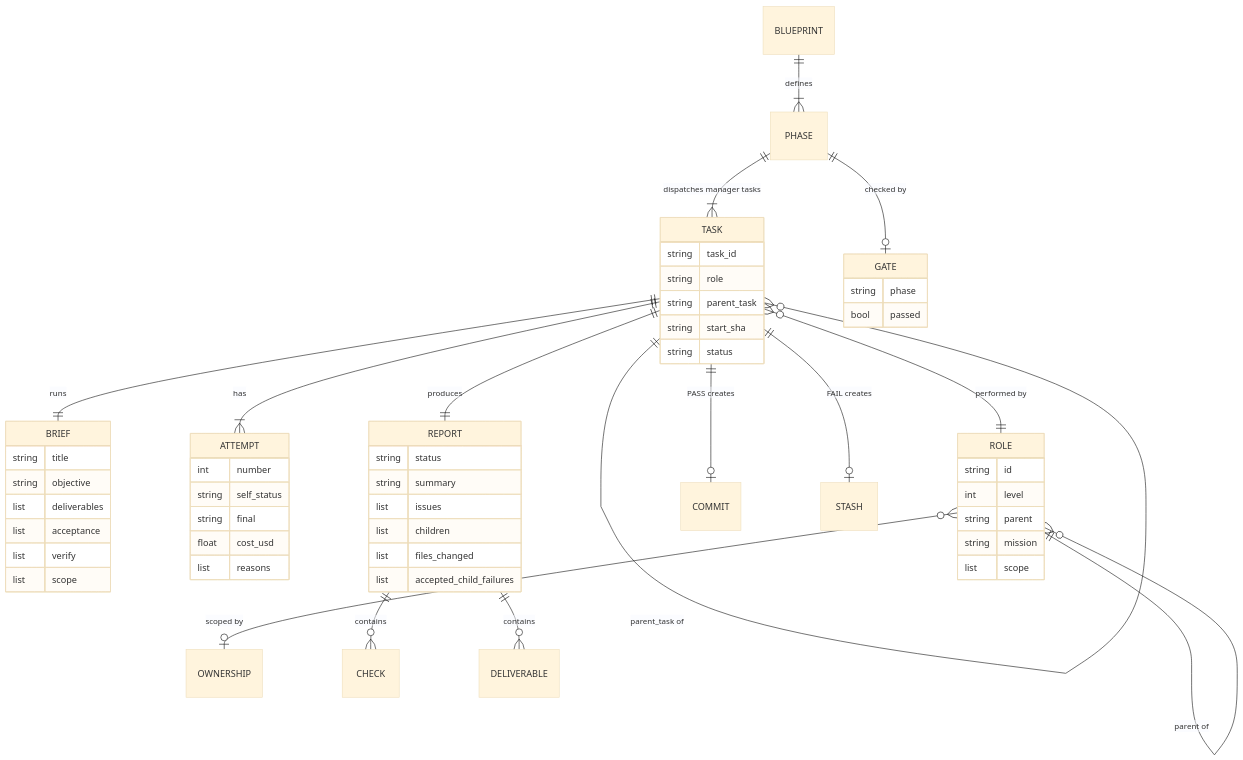
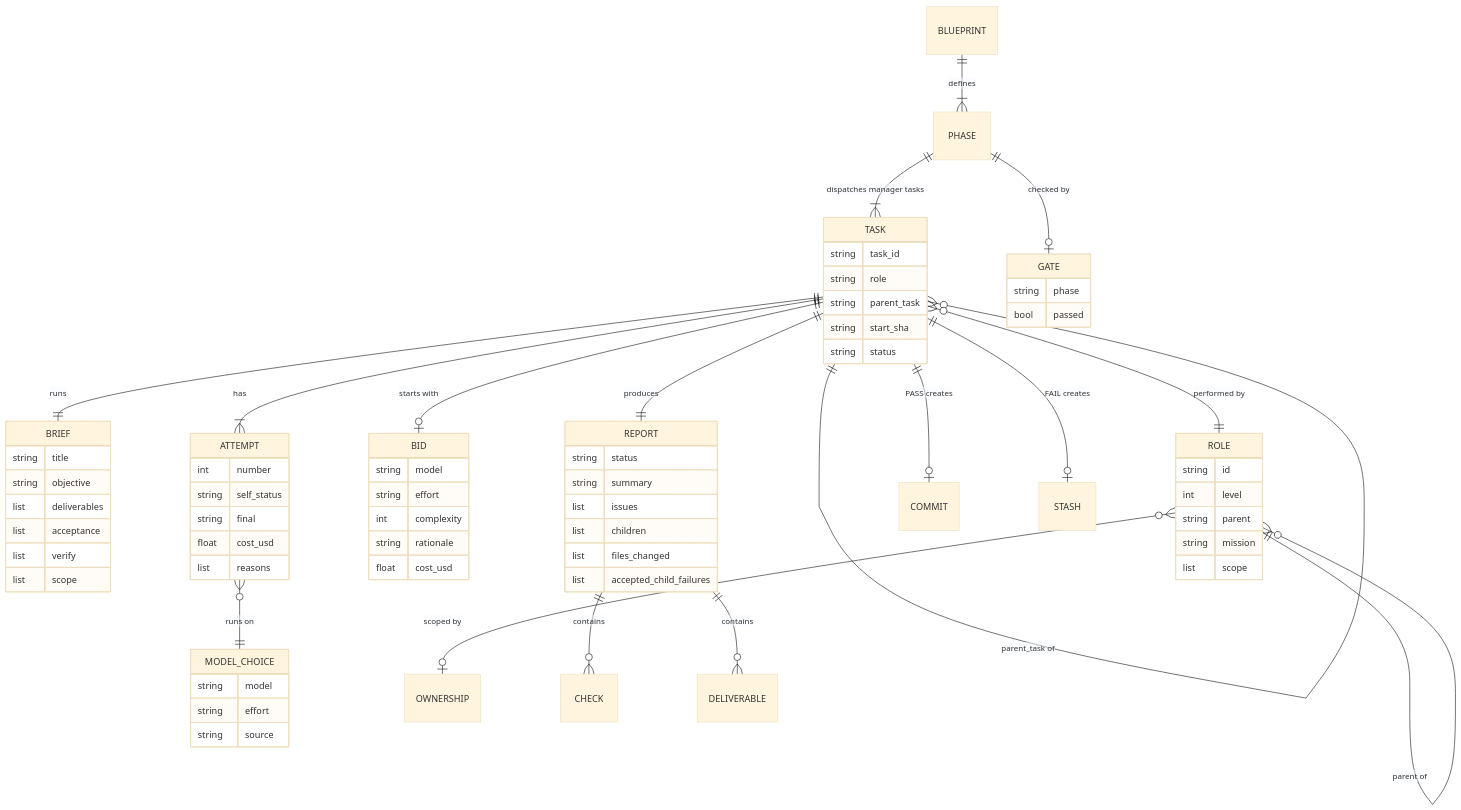
One commit to Waleed178-del/lets-do-it changed the second of 4 diagrams in docs/system/08-state-and-artifacts.md. Above: the diagram before and after it, drawn with Mermaid (base theme). The commit also changed other lines of this file and 14 other files, not shown here.

First line of the commit message:
Enforce delegation in the engine, add @commands verify, diagrams for 2.0

````diff
--- a/docs/system/08-state-and-artifacts.md
+++ b/docs/system/08-state-and-artifacts.md
@@ -30,59 +36,73 @@
 ```mermaid
 erDiagram
     BLUEPRINT ||--|{ PHASE : defines
     PHASE ||--|{ TASK : "dispatches manager tasks"
     PHASE ||--o| GATE : "checked by"
     TASK ||--o{ TASK : "parent_task of"
     TASK ||--|| BRIEF : "runs"
     TASK ||--|{ ATTEMPT : "has"
+    TASK ||--o| BID : "starts with"
+    ATTEMPT }o--|| MODEL_CHOICE : "runs on"
     TASK ||--|| REPORT : "produces"
     TASK }o--|| ROLE : "performed by"
     ROLE ||--o{ ROLE : "parent of"
     ROLE }o--o| OWNERSHIP : "scoped by"
     REPORT ||--o{ CHECK : contains
     REPORT ||--o{ DELIVERABLE : contains
     TASK ||--o| COMMIT : "PASS creates"
     TASK ||--o| STASH : "FAIL creates"
 
     ROLE {
         string id
         int level
         string parent
         string mission
         list scope
     }
     TASK {
         string task_id
         string role
         string parent_task
         string start_sha
         string status
     }
     BRIEF {
         string title
         string objective
         list deliverables
         list acceptance
         list verify
         list scope
     }
     ATTEMPT {
         int number
         string self_status
         string final
         float cost_usd
         list reasons
     }
     REPORT {
         string status
         string summary
         list issues
         list children
         list files_changed
         list accepted_child_failures
     }
     GATE {
         string phase
         bool passed
     }
+    BID {
+        string model
+        string effort
+        int complexity
+        string rationale
+        float cost_usd
+    }
+    MODEL_CHOICE {
+        string model
+        string effort
+        string source
+    }
 ```
````
